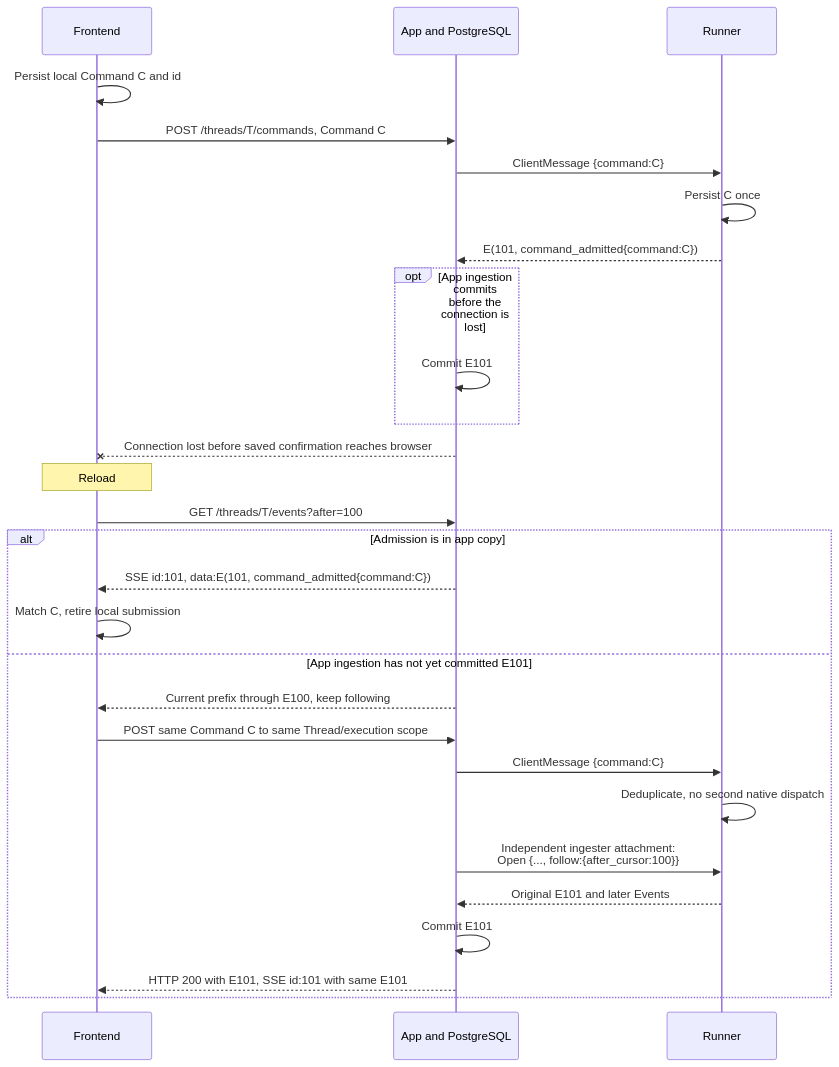
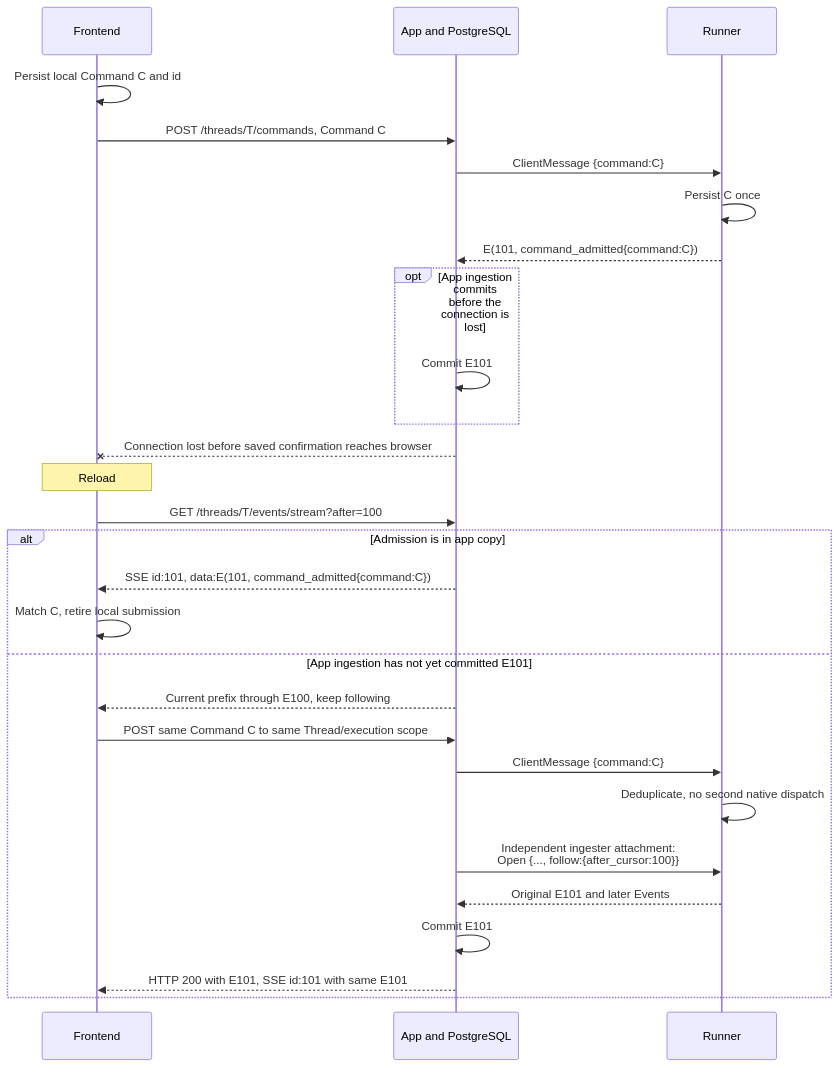
Before and after one commit to agentydragon/ducktape: the fifth of 6 diagrams in x/agentplane/docs/thread_layering.md, drawn with Mermaid. The commit also changed other lines of this file and 9 other files, not shown here.

````diff
--- a/x/agentplane/docs/thread_layering.md
+++ b/x/agentplane/docs/thread_layering.md
@@ -356,30 +356,30 @@
 ```mermaid
 sequenceDiagram
     participant F as Frontend
     participant A as App and PostgreSQL
     participant R as Runner
     F->>F: Persist local Command C and id
     F->>A: POST /threads/T/commands, Command C
     A->>R: ClientMessage {command:C}
     R->>R: Persist C once
     R-->>A: E(101, command_admitted{command:C})
     opt App ingestion commits before the connection is lost
         A->>A: Commit E101
     end
     A--xF: Connection lost before saved confirmation reaches browser
     Note over F: Reload
-    F->>A: GET /threads/T/events?after=100
+    F->>A: GET /threads/T/events/stream?after=100
     alt Admission is in app copy
         A-->>F: SSE id:101, data:E(101, command_admitted{command:C})
         F->>F: Match C, retire local submission
     else App ingestion has not yet committed E101
         A-->>F: Current prefix through E100, keep following
         F->>A: POST same Command C to same Thread/execution scope
         A->>R: ClientMessage {command:C}
         R->>R: Deduplicate, no second native dispatch
         A->>R: Independent ingester attachment:<br/>Open {..., follow:{after_cursor:100}}
         R-->>A: Original E101 and later Events
         A->>A: Commit E101
         A-->>F: HTTP 200 with E101, SSE id:101 with same E101
     end
 ```
````
